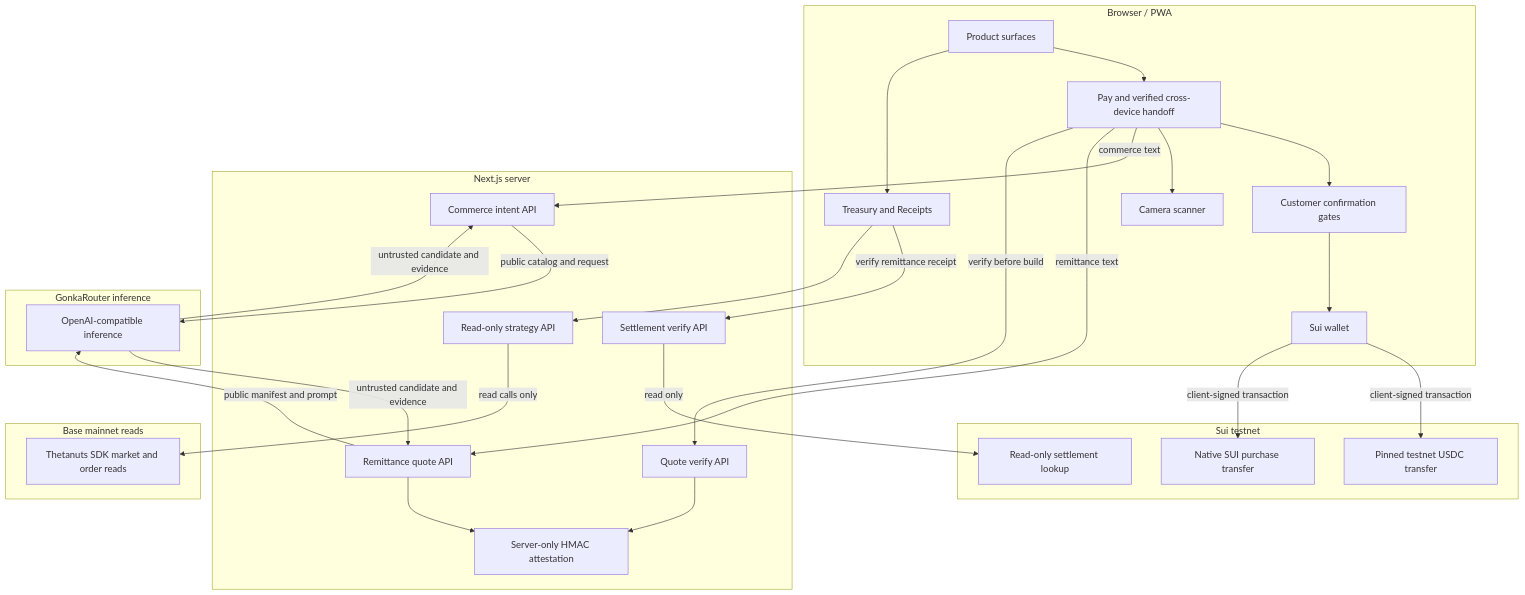
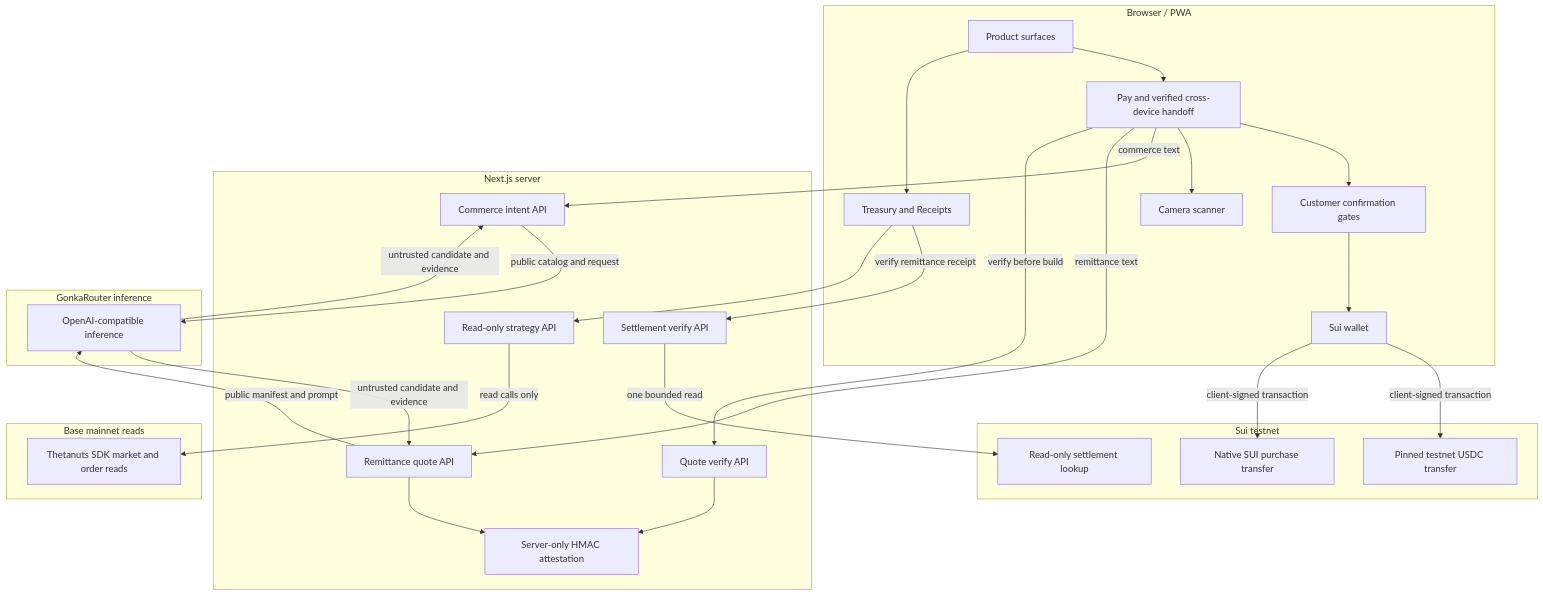
One commit to MUBA-Hack/convey-sui changed the fourth of 4 diagrams in README.md. Above: the diagram before and after it, drawn with Mermaid. The commit also changed other lines of this file and 7 other files, not shown here.

````diff
--- a/README.md
+++ b/README.md
@@ -485,53 +507,53 @@
 ```mermaid
 flowchart TB
   subgraph Browser["Browser / PWA"]
     UI["Product surfaces"]
     Pay["Pay and verified cross-device handoff"]
     ReadOnly["Treasury and Receipts"]
     Confirm["Customer confirmation gates"]
     SuiWallet["Sui wallet"]
     Camera["Camera scanner"]
     UI --> Pay --> Confirm --> SuiWallet
     UI --> ReadOnly
     Pay --> Camera
   end
 
   subgraph NextServer["Next.js server"]
     IntentAPI["Commerce intent API"]
     QuoteAPI["Remittance quote API"]
     VerifyAPI["Quote verify API"]
-    SettlementAPI["Settlement verify API"]
+    SettlementVerifyAPI["Settlement verify API"]
     StrategyAPI["Read-only strategy API"]
     Attestation["Server-only HMAC attestation"]
     QuoteAPI --> Attestation
     VerifyAPI --> Attestation
   end
 
   subgraph GonkaNetwork["GonkaRouter inference"]
     Gonka["OpenAI-compatible inference"]
   end
 
   subgraph SuiNetwork["Sui testnet"]
     Usdc["Pinned testnet USDC transfer"]
     Sui["Native SUI purchase transfer"]
-    Lookup["Read-only settlement lookup"]
+    SuiRead["Read-only settlement lookup"]
   end
 
   subgraph BaseNetwork["Base mainnet reads"]
     Thetanuts["Thetanuts SDK market and order reads"]
   end
 
   Pay -->|commerce text| IntentAPI
   Pay -->|remittance text| QuoteAPI
   Pay -->|verify before build| VerifyAPI
-  ReadOnly -->|verify remittance receipt| SettlementAPI
+  ReadOnly -->|verify remittance receipt| SettlementVerifyAPI
   IntentAPI -->|public catalog and request| Gonka
   QuoteAPI -->|public manifest and prompt| Gonka
   Gonka -->|untrusted candidate and evidence| IntentAPI
   Gonka -->|untrusted candidate and evidence| QuoteAPI
   SuiWallet -->|client-signed transaction| Usdc
   SuiWallet -->|client-signed transaction| Sui
-  SettlementAPI -->|read only| Lookup
+  SettlementVerifyAPI -->|one bounded read| SuiRead
   ReadOnly --> StrategyAPI
   StrategyAPI -->|read calls only| Thetanuts
 ```
````
